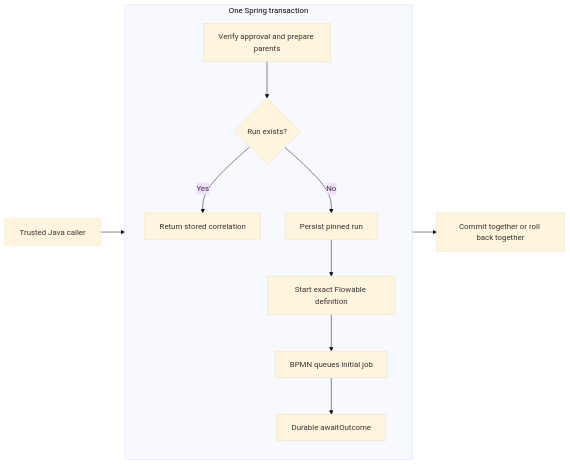
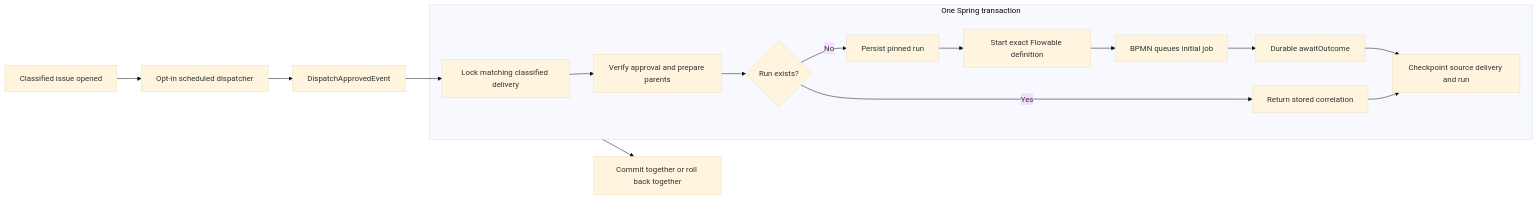
The diagram in docs/architecture/control-plane-persistence.md (skizzay/forgeflow), drawn with Mermaid (base theme) before and after one commit. The commit also changed other lines of this file and 13 other files, not shown here.

Commit message:
Dispatch configured approved issue events atomically (#84)

````diff
--- a/docs/architecture/control-plane-persistence.md
+++ b/docs/architecture/control-plane-persistence.md
@@ -153,13 +176,18 @@
 ```mermaid
 flowchart LR
-    Caller[Trusted Java caller] --> TX
+    Inbox[Classified issue opened] --> Poller[Opt-in scheduled dispatcher]
+    Poller --> Caller[DispatchApprovedEvent]
+    Caller --> Claim
     subgraph TX[One Spring transaction]
+        Claim[Lock matching classified delivery] --> Prepare
         Prepare[Verify approval and prepare parents] --> Existing{Run exists?}
         Existing -->|Yes| Replay[Return stored correlation]
         Existing -->|No| Run[Persist pinned run]
         Run --> Engine[Start exact Flowable definition]
         Engine --> Queue[BPMN queues initial job]
         Queue --> Wait[Durable awaitOutcome]
+        Wait --> Checkpoint[Checkpoint source delivery and run]
+        Replay --> Checkpoint
     end
     TX --> Commit[Commit together or roll back together]
 ```
````
